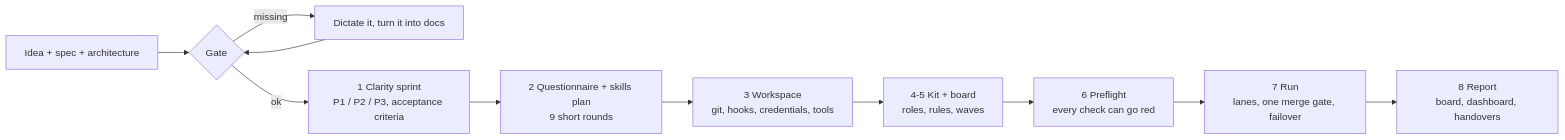
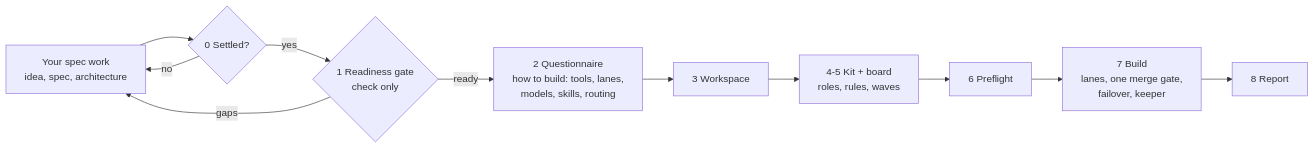
The first of 2 diagrams in README.md (christian281150/AI-orchestrator_skill), drawn with Mermaid before and after one commit. The commit also changed other lines of this file and 42 other files, not shown here.

First line of the commit message:
v1.4.0: build orchestration only, tool routing, keeper, reconciliation, rename

````diff
--- a/README.md
+++ b/README.md
@@ -53,13 +64,13 @@
 ```mermaid
 flowchart LR
-    A[Idea + spec + architecture] --> G{Gate}
-    G -- missing --> D[Dictate it, turn it into docs]
-    D --> G
-    G -- ok --> C[1 Clarity sprint<br/>P1 / P2 / P3, acceptance criteria]
-    C --> Q[2 Questionnaire + skills plan<br/>9 short rounds]
-    Q --> W[3 Workspace<br/>git, hooks, credentials, tools]
+    S[Your spec work<br/>idea, spec, architecture] --> G{0 Settled?}
+    G -- no --> S
+    G -- yes --> R{1 Readiness gate<br/>check only}
+    R -- gaps --> S
+    R -- ready --> Q[2 Questionnaire<br/>how to build: tools, lanes,<br/>models, skills, routing]
+    Q --> W[3 Workspace]
     W --> K[4-5 Kit + board<br/>roles, rules, waves]
-    K --> P[6 Preflight<br/>every check can go red]
-    P --> R[7 Run<br/>lanes, one merge gate, failover]
-    R --> S[8 Report<br/>board, dashboard, handovers]
+    K --> P[6 Preflight]
+    P --> B[7 Build<br/>lanes, one merge gate,<br/>failover, keeper]
+    B --> T[8 Report]
 ```
````
